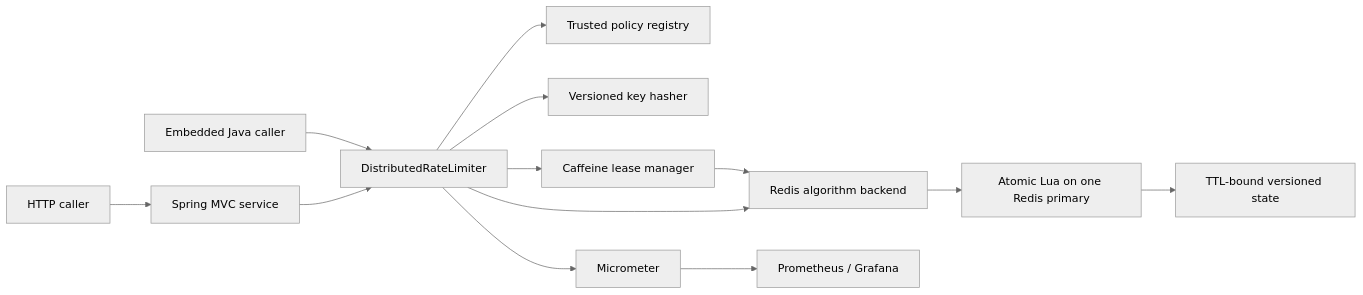
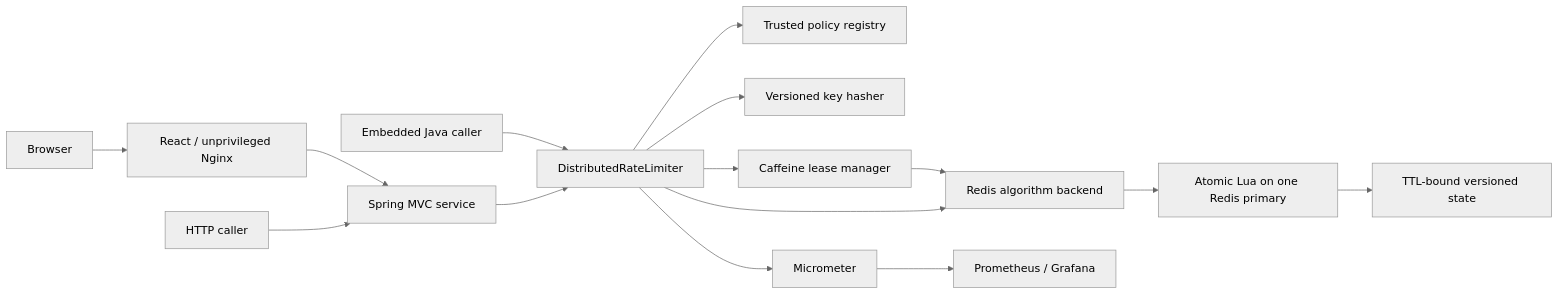
One commit to balajik10/distributed-rate-limiter changed the first of 2 diagrams in docs/INTERVIEW_GUIDE.md. Above: the diagram before and after it, drawn with Mermaid (neutral theme). The commit also changed other lines of this file and 95 other files, not shown here.

````diff
--- a/docs/INTERVIEW_GUIDE.md
+++ b/docs/INTERVIEW_GUIDE.md
@@ -51,15 +53,17 @@
 ```mermaid
 flowchart LR
-  H[HTTP caller] --> MVC[Spring MVC service]
+  W[Browser] --> UI[React / unprivileged Nginx]
+  UI --> MVC[Spring MVC service]
+  H[HTTP caller] --> MVC
   J[Embedded Java caller] --> API[DistributedRateLimiter]
   MVC --> API
   API --> P[Trusted policy registry]
   API --> K[Versioned key hasher]
   API --> C[Caffeine lease manager]
   C --> B[Redis algorithm backend]
   API --> B
   B --> L[Atomic Lua on one Redis primary]
   L --> S[TTL-bound versioned state]
   API --> M[Micrometer]
   M --> PR[Prometheus / Grafana]
 ```
````
